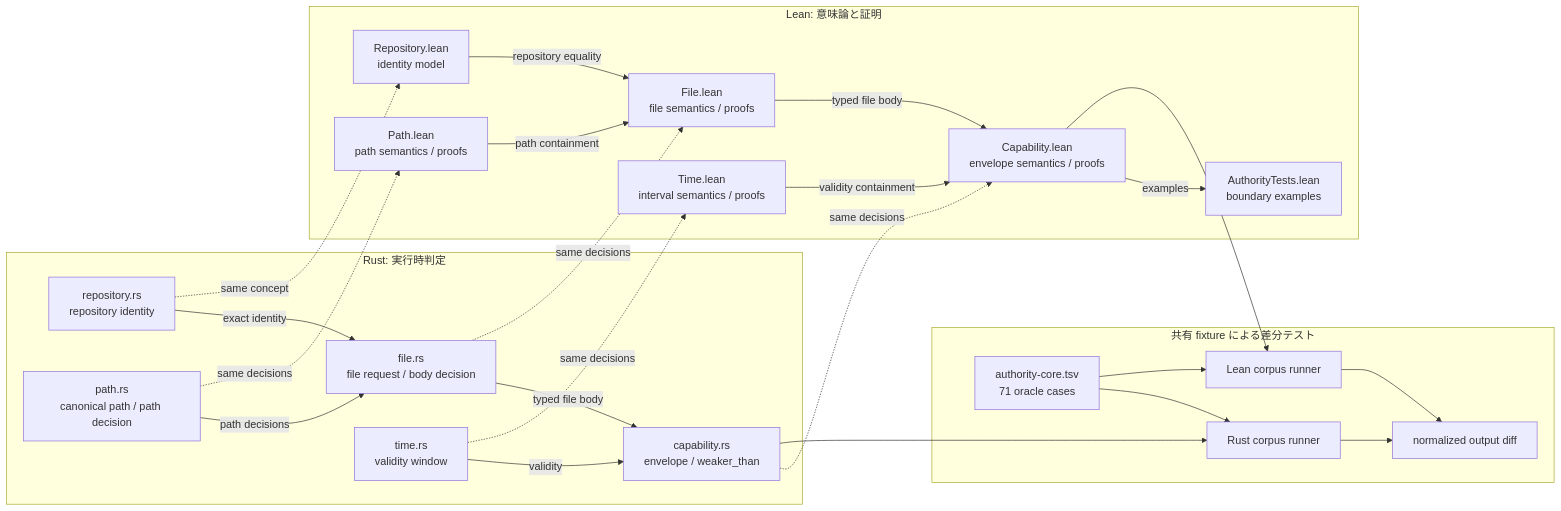
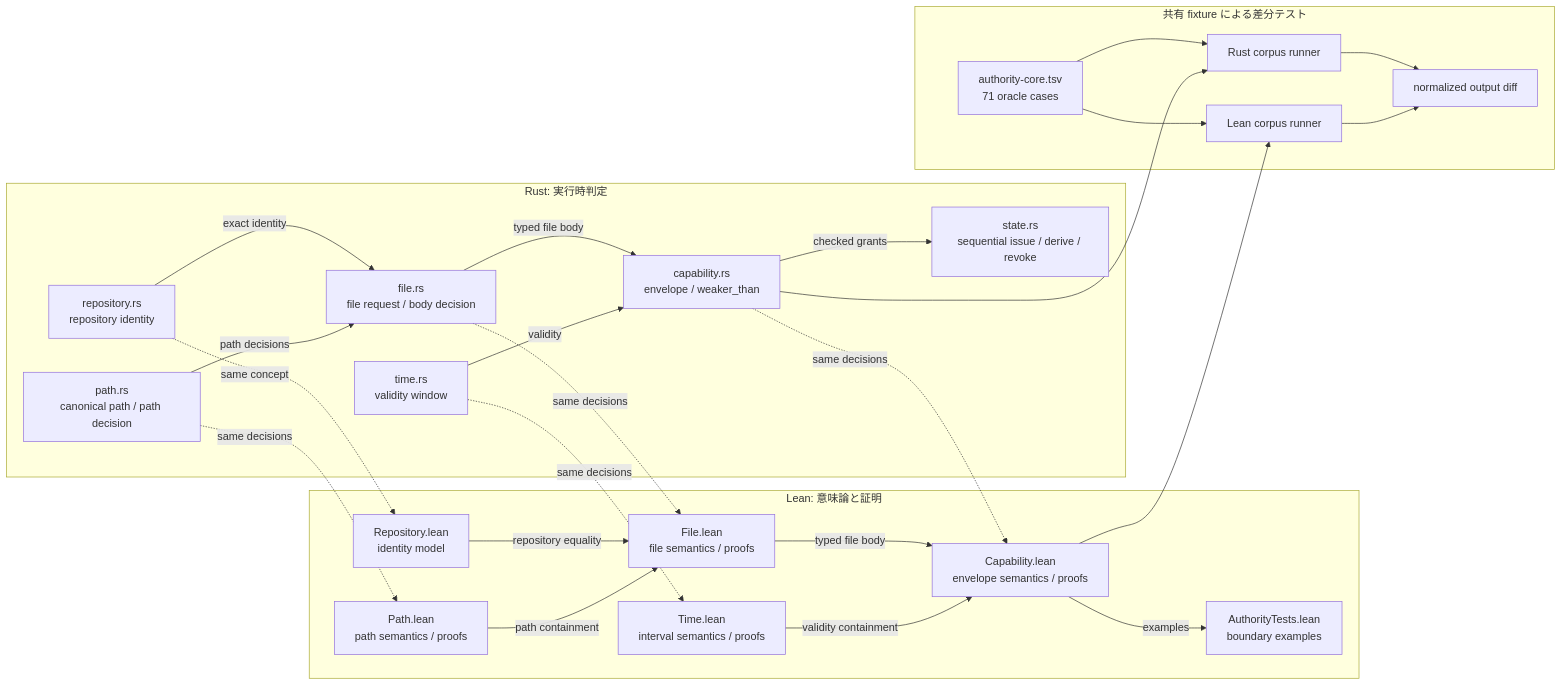
One commit to Aqua-218/SecCamp-AIAgent changed the first of 2 diagrams in docs/authority-core/README.md. Above: the diagram before and after it, drawn with Mermaid. The commit also changed other lines of this file and 9 other files, not shown here.

````diff
--- a/docs/authority-core/README.md
+++ b/docs/authority-core/README.md
@@ -28,47 +28,49 @@
 ```mermaid
 flowchart LR
     subgraph rust["Rust: 実行時判定"]
         rustRepo["repository.rs<br/>repository identity"]
         rustPath["path.rs<br/>canonical path / path decision"]
         rustFile["file.rs<br/>file request / body decision"]
         rustTime["time.rs<br/>validity window"]
         rustCap["capability.rs<br/>envelope / weaker_than"]
+        rustState["state.rs<br/>sequential issue / derive / revoke"]
         rustRepo -->|"exact identity"| rustFile
         rustPath -->|"path decisions"| rustFile
         rustFile -->|"typed file body"| rustCap
         rustTime -->|"validity"| rustCap
+        rustCap -->|"checked grants"| rustState
     end
 
     subgraph lean["Lean: 意味論と証明"]
         leanRepo["Repository.lean<br/>identity model"]
         leanPath["Path.lean<br/>path semantics / proofs"]
         leanFile["File.lean<br/>file semantics / proofs"]
         leanTime["Time.lean<br/>interval semantics / proofs"]
         leanCap["Capability.lean<br/>envelope semantics / proofs"]
         leanTests["AuthorityTests.lean<br/>boundary examples"]
         leanRepo -->|"repository equality"| leanFile
         leanPath -->|"path containment"| leanFile
         leanFile -->|"typed file body"| leanCap
         leanTime -->|"validity containment"| leanCap
         leanCap -->|"examples"| leanTests
     end
 
     subgraph differential["共有 fixture による差分テスト"]
         corpus["authority-core.tsv<br/>71 oracle cases"]
         rustRunner["Rust corpus runner"]
         leanRunner["Lean corpus runner"]
         compare["normalized output diff"]
         corpus --> rustRunner
         corpus --> leanRunner
         rustRunner --> compare
         leanRunner --> compare
     end
 
     rustRepo -.->|"same concept"| leanRepo
     rustPath -.->|"same decisions"| leanPath
     rustFile -.->|"same decisions"| leanFile
     rustTime -.->|"same decisions"| leanTime
     rustCap -.->|"same decisions"| leanCap
     rustCap --> rustRunner
     leanCap --> leanRunner
 ```
````
